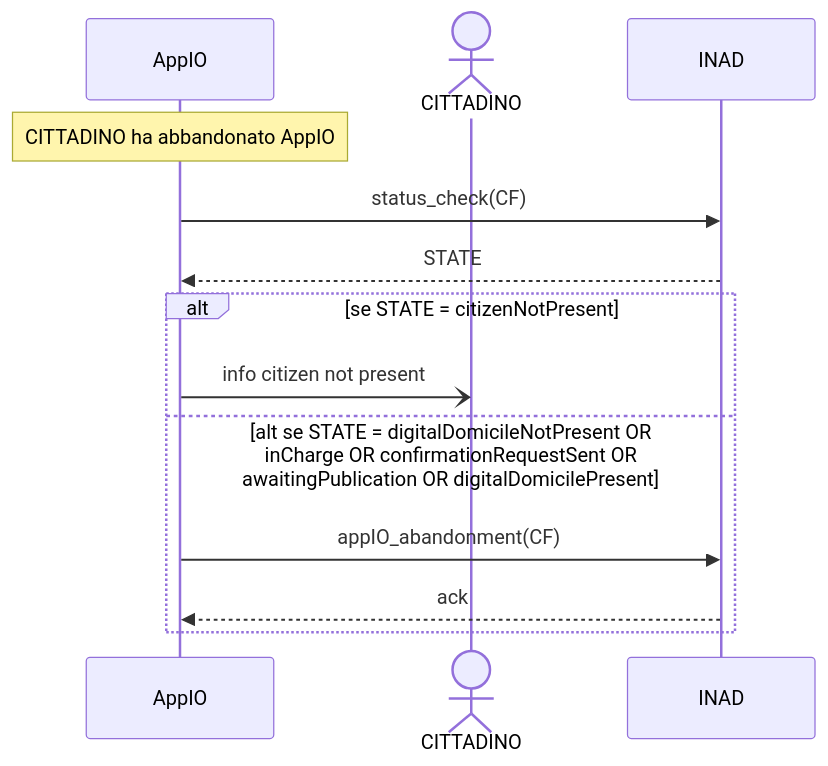
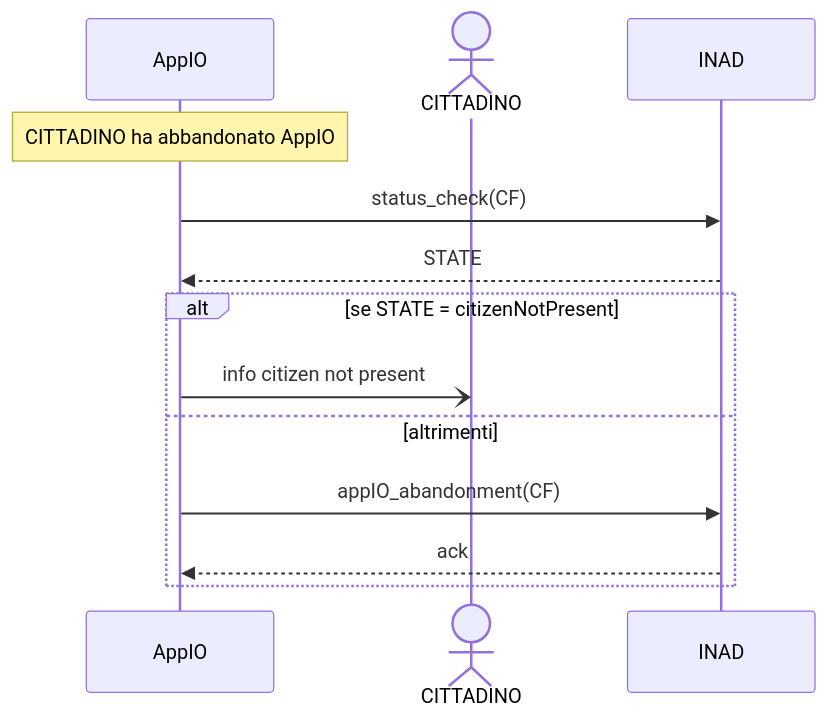
The diagram in mermind/UC014.md (ioggstream/verify_integration_INAD_with_ANPR-IO), drawn with Mermaid before and after one commit. The commit also changed 10 other files, not shown here.

````diff
--- a/mermind/UC014.md
+++ b/mermind/UC014.md
@@ -3,22 +3,22 @@
 ```mermaid
 sequenceDiagram
   participant A as AppIO
   actor C as CITTADINO
   participant I as INAD
 
   Note over A: CITTADINO ha abbandonato AppIO
 
   A ->> I: status_check(CF)
   I -->> A: STATE
 
   alt se STATE = citizenNotPresent 
     A -) C: info citizen not present
 
-  else alt se STATE = digitalDomicileNotPresent OR inCharge OR confirmationRequestSent OR awaitingPublication OR digitalDomicilePresent
+  else altrimenti
    
    A ->> I: appIO_abandonment(CF)
    I -->>A: ack
 
   end
 
   ```
````
